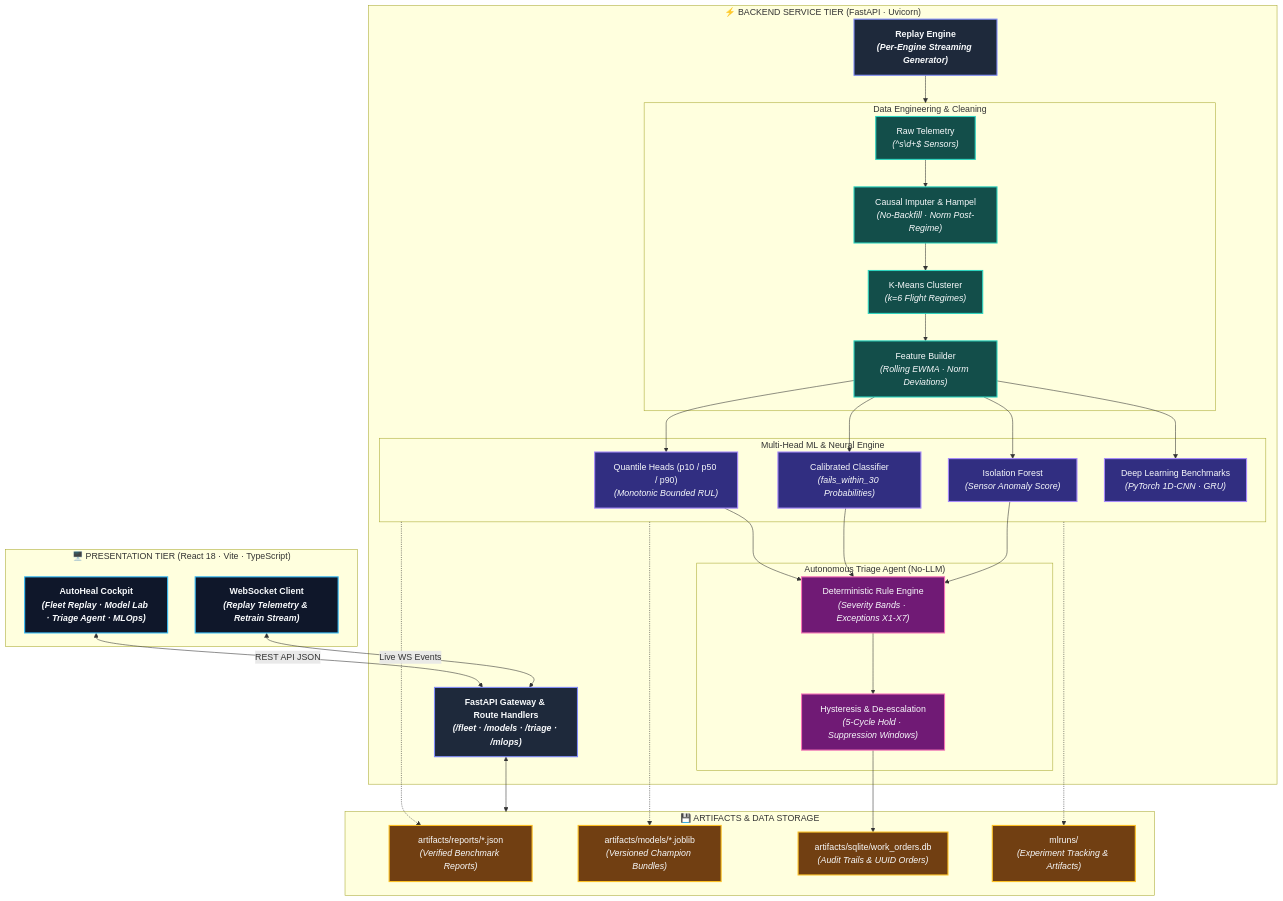
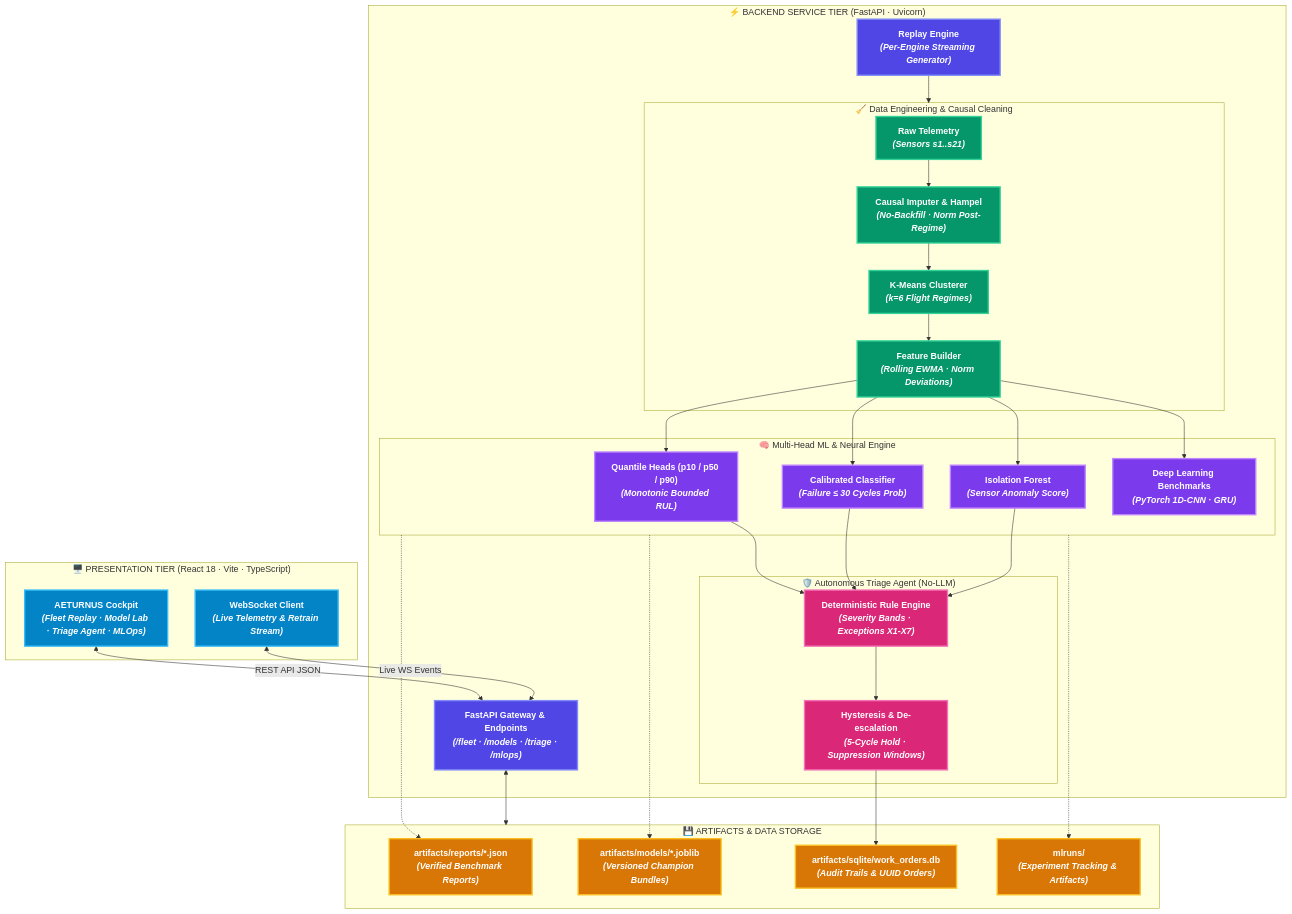
The first of 5 diagrams in README.md (8ernity/AETURNUS), drawn with Mermaid before and after one commit. The commit also changed other lines of this file and 24 other files, not shown here.

````diff
--- a/README.md
+++ b/README.md
@@ -84,57 +85,57 @@
 ```mermaid
 flowchart TB
-    %% Styling Definitions
-    classDef clientStyle fill:#0F172A,stroke:#38BDF8,stroke-width:2px,color:#F8FAFC,font-weight:bold
-    classDef apiStyle fill:#1E293B,stroke:#818CF8,stroke-width:2px,color:#F8FAFC,font-weight:bold
-    classDef cleanStyle fill:#134E4A,stroke:#2DD4BF,stroke-width:2px,color:#F8FAFC
-    classDef mlStyle fill:#312E81,stroke:#A78BFA,stroke-width:2px,color:#F8FAFC
-    classDef agentStyle fill:#701A75,stroke:#F472B6,stroke-width:2px,color:#F8FAFC
-    classDef storageStyle fill:#713F12,stroke:#FBBF24,stroke-width:2px,color:#F8FAFC
+    %% Vibrant High-Contrast Style Definitions
+    classDef clientStyle fill:#0284C7,stroke:#38BDF8,stroke-width:2.5px,color:#FFFFFF,font-weight:bold
+    classDef apiStyle fill:#4F46E5,stroke:#818CF8,stroke-width:2.5px,color:#FFFFFF,font-weight:bold
+    classDef cleanStyle fill:#059669,stroke:#34D399,stroke-width:2.5px,color:#FFFFFF,font-weight:bold
+    classDef mlStyle fill:#7C3AED,stroke:#C084FC,stroke-width:2.5px,color:#FFFFFF,font-weight:bold
+    classDef agentStyle fill:#DB2777,stroke:#F472B6,stroke-width:2.5px,color:#FFFFFF,font-weight:bold
+    classDef storageStyle fill:#D97706,stroke:#FBBF24,stroke-width:2.5px,color:#FFFFFF,font-weight:bold
 
     subgraph ClientLayer["🖥️ PRESENTATION TIER (React 18 · Vite · TypeScript)"]
-        Dashboard["AutoHeal Cockpit<br/><i>(Fleet Replay · Model Lab · Triage Agent · MLOps)</i>"]:::clientStyle
-        WebSocketClient["WebSocket Client<br/><i>(Replay Telemetry & Retrain Stream)</i>"]:::clientStyle
+        Dashboard["AETURNUS Cockpit<br/><i>(Fleet Replay · Model Lab · Triage Agent · MLOps)</i>"]:::clientStyle
+        WebSocketClient["WebSocket Client<br/><i>(Live Telemetry & Retrain Stream)</i>"]:::clientStyle
     end
 
-    Dashboard <-->|REST API JSON| FastAPIGateway
-    WebSocketClient <-->|Live WS Events| FastAPIGateway
+    Dashboard <-->|"REST API JSON"| FastAPIGateway
+    WebSocketClient <-->|"Live WS Events"| FastAPIGateway
 
     subgraph BackendLayer["⚡ BACKEND SERVICE TIER (FastAPI · Uvicorn)"]
-        FastAPIGateway["FastAPI Gateway & Route Handlers<br/><i>(/fleet · /models · /triage · /mlops)</i>"]:::apiStyle
+        FastAPIGateway["FastAPI Gateway & Endpoints<br/><i>(/fleet · /models · /triage · /mlops)</i>"]:::apiStyle
         ReplayEngine["Replay Engine<br/><i>(Per-Engine Streaming Generator)</i>"]:::apiStyle
 
-        subgraph IngestionPipe["Data Engineering & Cleaning"]
-            RawData["Raw Telemetry<br/><i>(^s\d+$ Sensors)</i>"]:::cleanStyle
+        subgraph IngestionPipe["🧹 Data Engineering & Causal Cleaning"]
+            RawData["Raw Telemetry<br/><i>(Sensors s1..s21)</i>"]:::cleanStyle
             CausalCleaner["Causal Imputer & Hampel<br/><i>(No-Backfill · Norm Post-Regime)</i>"]:::cleanStyle
             RegimeClustering["K-Means Clusterer<br/><i>(k=6 Flight Regimes)</i>"]:::cleanStyle
             FeatureEngineering["Feature Builder<br/><i>(Rolling EWMA · Norm Deviations)</i>"]:::cleanStyle
         end
 
-        subgraph MLEngine["Multi-Head ML & Neural Engine"]
+        subgraph MLEngine["🧠 Multi-Head ML & Neural Engine"]
             QuantileRUL["Quantile Heads (p10 / p50 / p90)<br/><i>(Monotonic Bounded RUL)</i>"]:::mlStyle
-            FailClassifier["Calibrated Classifier<br/><i>(fails_within_30 Probabilities)</i>"]:::mlStyle
+            FailClassifier["Calibrated Classifier<br/><i>(Failure &le; 30 Cycles Prob)</i>"]:::mlStyle
             AnomalyDetector["Isolation Forest<br/><i>(Sensor Anomaly Score)</i>"]:::mlStyle
             DeepBaselines["Deep Learning Benchmarks<br/><i>(PyTorch 1D-CNN · GRU)</i>"]:::mlStyle
         end
 
-        subgraph TriageEngine["Autonomous Triage Agent (No-LLM)"]
+        subgraph TriageEngine["🛡️ Autonomous Triage Agent (No-LLM)"]
             RuleEngine["Deterministic Rule Engine<br/><i>(Severity Bands · Exceptions X1-X7)</i>"]:::agentStyle
             HysteresisManager["Hysteresis & De-escalation<br/><i>(5-Cycle Hold · Suppression Windows)</i>"]:::agentStyle
         end
     end
 
     subgraph StorageLayer["💾 ARTIFACTS & DATA STORAGE"]
         DiskReports["artifacts/reports/*.json<br/><i>(Verified Benchmark Reports)</i>"]:::storageStyle
         ModelBundles["artifacts/models/*.joblib<br/><i>(Versioned Champion Bundles)</i>"]:::storageStyle
         WorkOrderDB["artifacts/sqlite/work_orders.db<br/><i>(Audit Trails & UUID Orders)</i>"]:::storageStyle
         MLflowStore["mlruns/<br/><i>(Experiment Tracking & Artifacts)</i>"]:::storageStyle
     end
 
     RawData --> CausalCleaner --> RegimeClustering --> FeatureEngineering
     FeatureEngineering --> QuantileRUL & FailClassifier & AnomalyDetector & DeepBaselines
     QuantileRUL & FailClassifier & AnomalyDetector --> RuleEngine --> HysteresisManager
     HysteresisManager --> WorkOrderDB
     MLEngine -.-> DiskReports & ModelBundles & MLflowStore
     FastAPIGateway <--> StorageLayer
     ReplayEngine --> IngestionPipe
 ```
````
